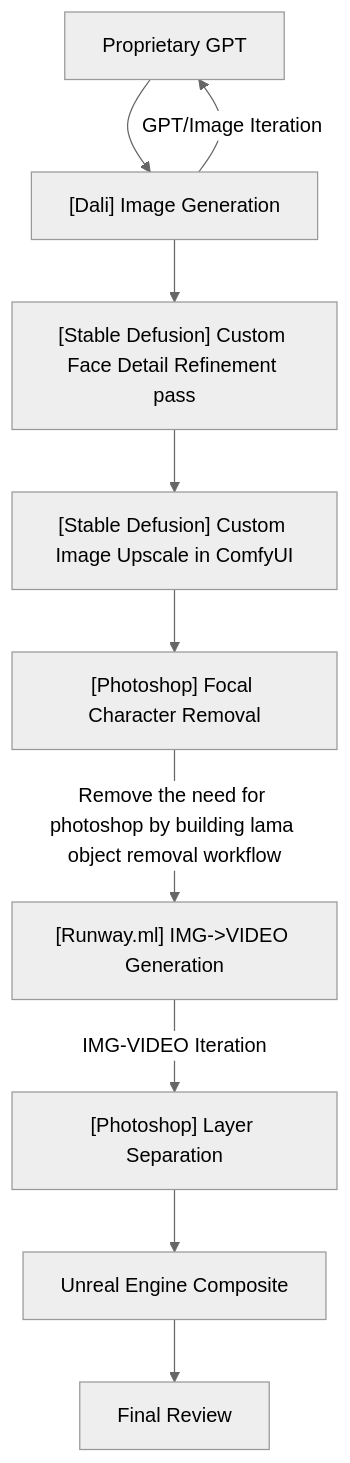
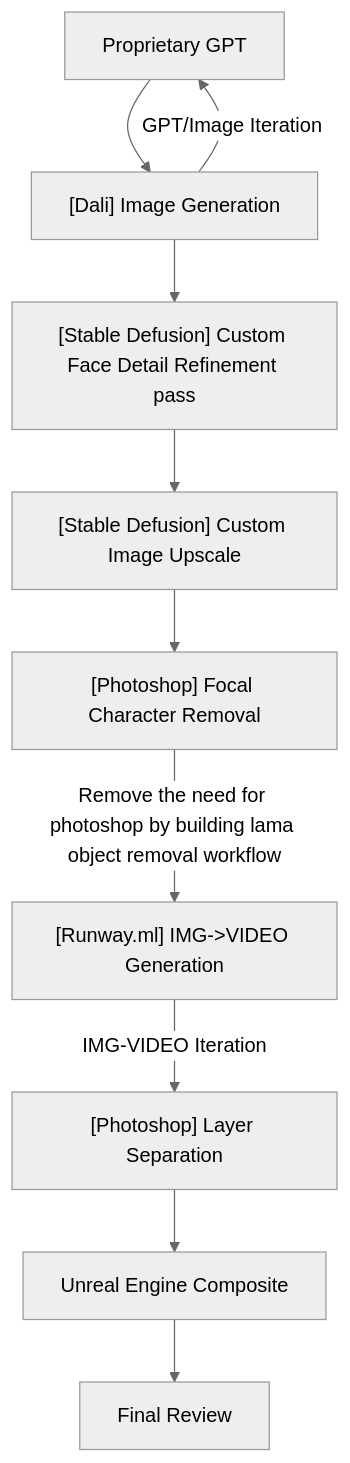
The diagram in bg-Character-workflow.md (diamond-one/hybrid-AI-animated-shorts-pipeline), drawn with Mermaid (neutral theme) before and after one commit.

Commit message:
modifications to bg-character workflow

````diff
--- a/bg-Character-workflow.md
+++ b/bg-Character-workflow.md
@@ -3,23 +3,23 @@
 ```mermaid
 flowchart TD
     node1["Proprietary GPT"]
     node2["[Dali] Image Generation"]
     node2a["[Photoshop] Focal Character Removal"]
     node4["[Stable Defusion] Custom Face Detail Refinement pass"]
-    node5["[Stable Defusion] Custom Image Upscale in ComfyUI"]
+    node5["[Stable Defusion] Custom Image Upscale"]
     node6["[Runway.ml] IMG->VIDEO Generation"]
     node7["[Photoshop] Layer Separation"]
     node8["Unreal Engine Composite"]
     node9["Final Review"]
 
     node1 --> node2
     node2 -- GPT/Image Iteration--> node1
     node2 --> node4
     node4 --> node5
     node5 --> node2a
     node2a--Remove the need for photoshop by building lama object removal workflow--> node6
     node6 --IMG-VIDEO Iteration --> node7
     node7 --> node8
     node8 --> node9
 
 ```
````
